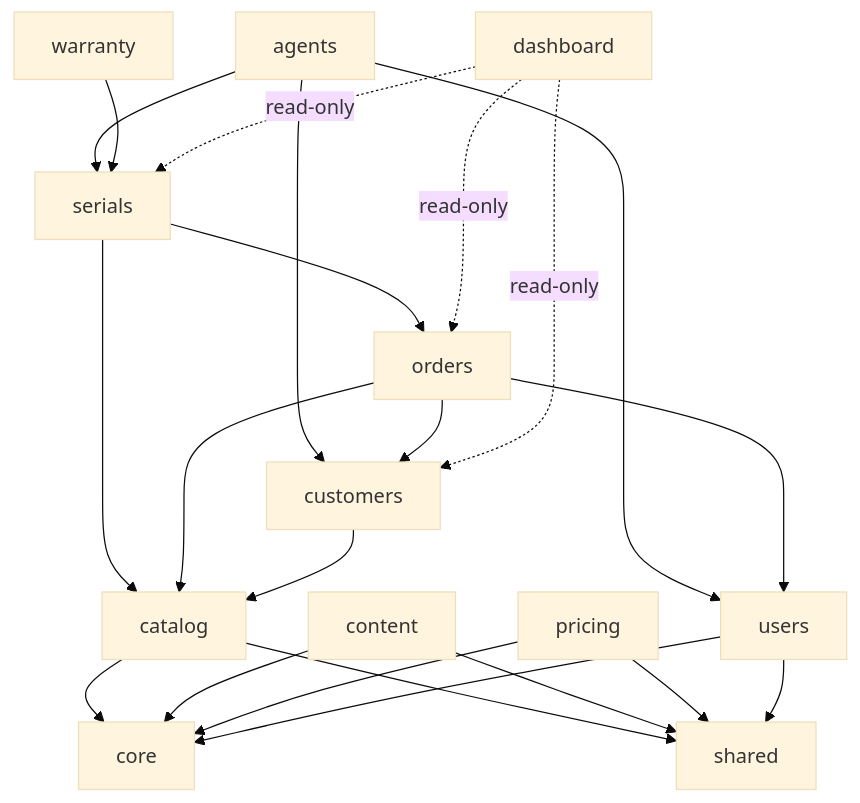
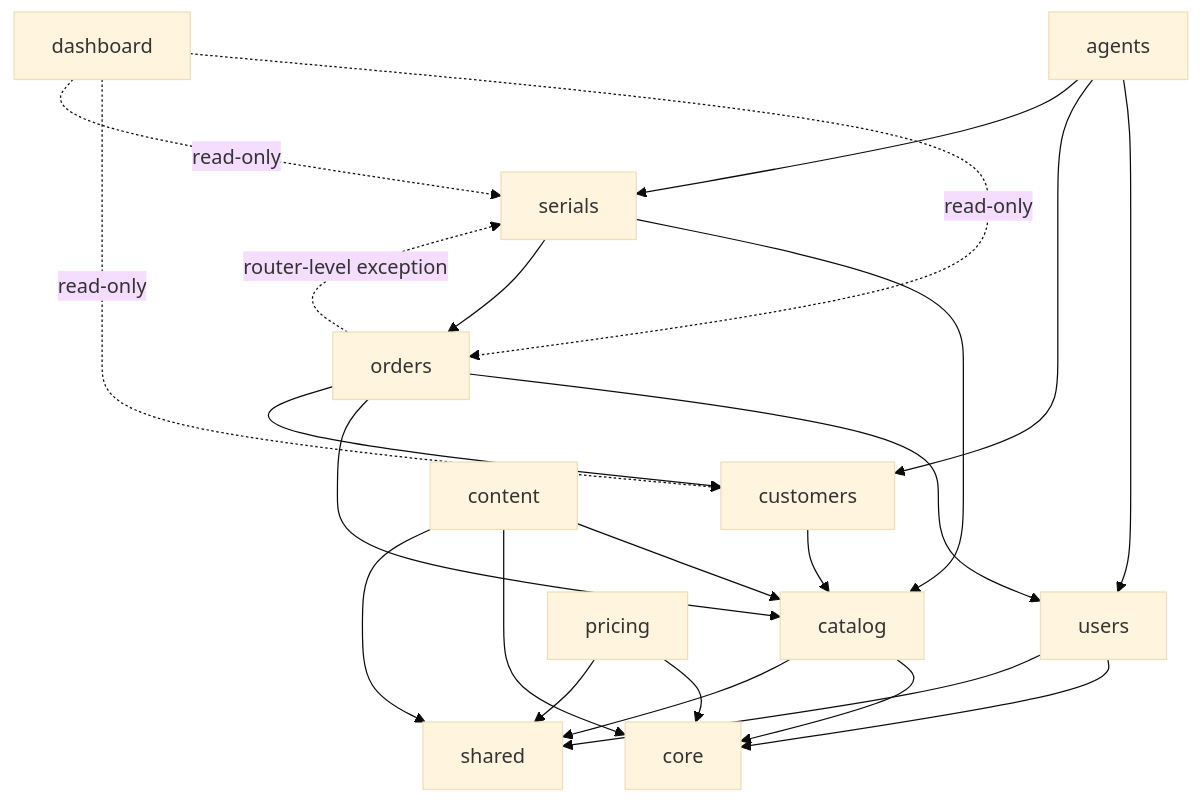
One commit to sajjadtzroo/landing_didar changed the diagram in docs/architecture/02-domain-map.md. Above: the diagram before and after it, drawn with Mermaid (base theme). The commit also changed other lines of this file and 16 other files, not shown here.

First line of the commit message:
refactor(serials): move to domain package, merge warranty in — no behavior change

````diff
--- a/docs/architecture/02-domain-map.md
+++ b/docs/architecture/02-domain-map.md
@@ -20,10 +19,11 @@
 ```mermaid
 graph TD
   agents --> users & customers & serials
-  warranty --> serials
   serials --> catalog & orders
+  orders -.router-level exception.-> serials
   orders --> users & catalog & customers
   customers --> catalog
+  content --> catalog
   dashboard -.read-only.-> orders & customers & serials
   catalog & content & pricing & users --> core & shared
 ```
````
